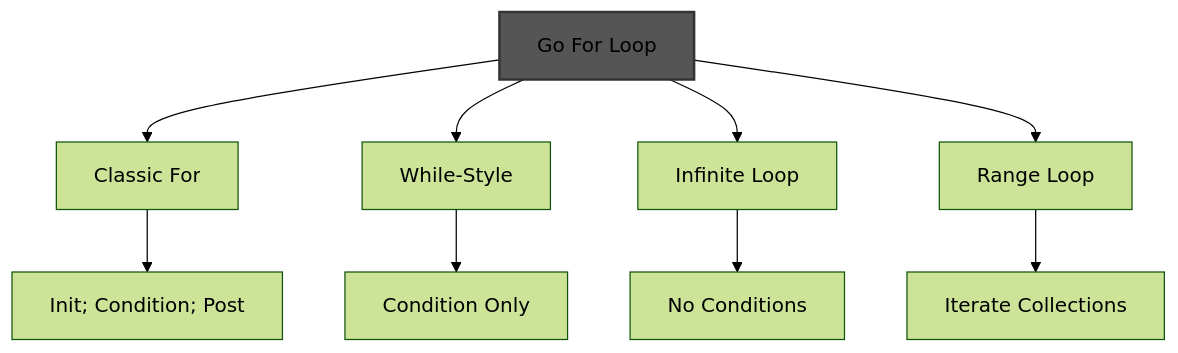
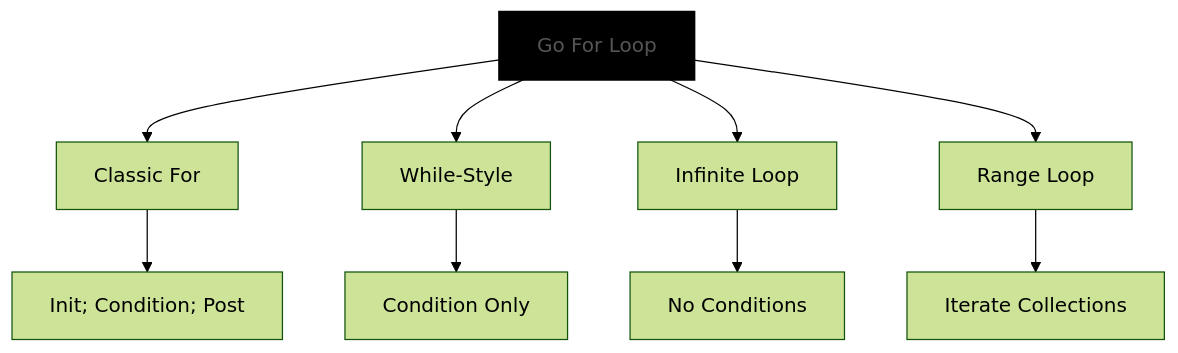
One commit to kutt27/golangdocs changed the diagram in docs/1. Basics/5. If-and While.md. Above: the diagram before and after it, drawn with Mermaid (forest theme). The commit also changed other lines of this file, not shown here.

Commit message:
last push before a long break

````diff
--- a/docs/1. Basics/5. If-and While.md
+++ b/docs/1. Basics/5. If-and While.md
@@ -18,12 +18,12 @@
     ```mermaid
     graph TD
         A[Go For Loop] --> B[Classic For]
         A --> C[While-Style]
         A --> D[Infinite Loop]
         A --> E[Range Loop]
         B --> B1[Init; Condition; Post]
         C --> C1[Condition Only]
         D --> D1[No Conditions]
         E --> E1[Iterate Collections]
-        style A fill:#555,stroke:#333,stroke-width:2px,color:#000
+        style A fill:#000,stroke:#000,stroke-width:2px,color:#555
     ```
````
